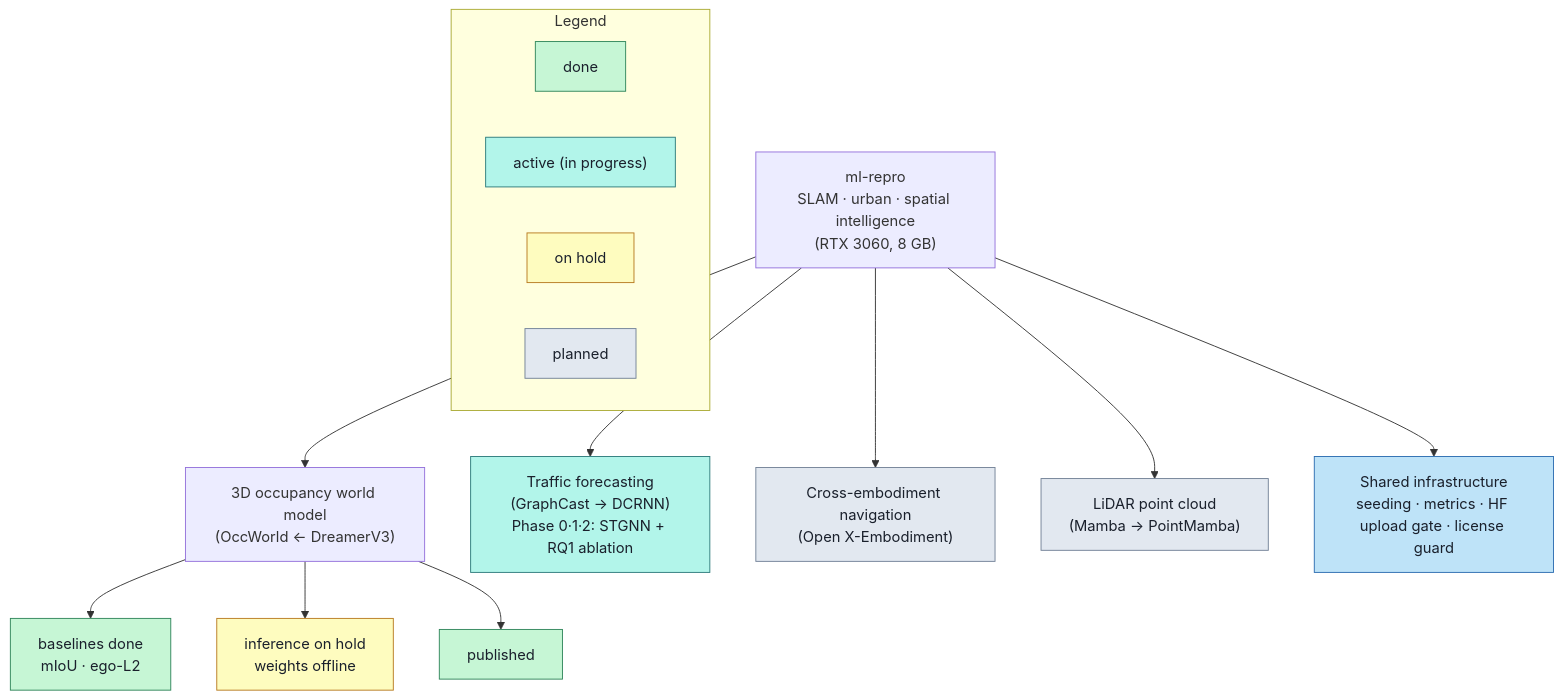
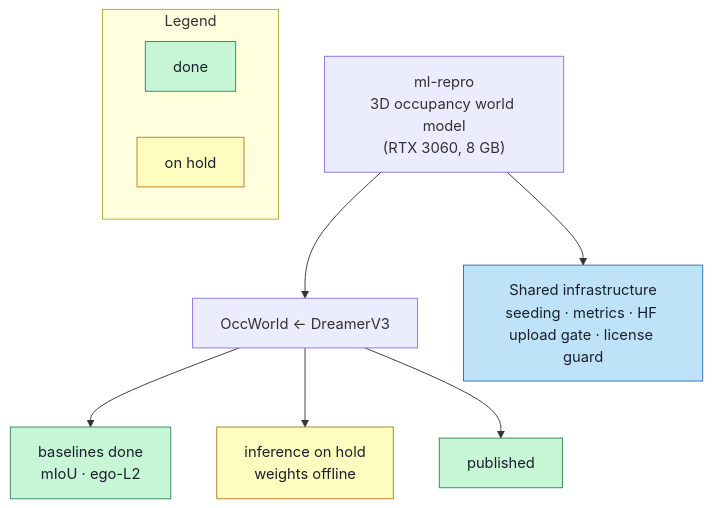
Before and after one commit to urbsn4i-sw/ml-repro: the first of 2 diagrams in README.md, drawn with Mermaid. The commit also changed other lines of this file and 27 other files, not shown here.

First line of the commit message:
refactor: make ml-repro OccWorld-only (traffic task moved to its own repo)

````diff
--- a/README.md
+++ b/README.md
@@ -18,28 +20,20 @@
 ```mermaid
 flowchart TB
-  root["ml-repro<br/>SLAM · urban · spatial intelligence<br/>(RTX 3060, 8 GB)"]
+  root["ml-repro<br/>3D occupancy world model<br/>(RTX 3060, 8 GB)"]
 
-  root --> occ["3D occupancy world model<br/>(OccWorld ← DreamerV3)"]
+  root --> occ["OccWorld ← DreamerV3"]
   occ --> occ1["baselines done<br/>mIoU · ego-L2"]:::done
   occ --> occ2["inference on hold<br/>weights offline"]:::onhold
   occ --> occ3["published"]:::done
-
-  root --> t1["Traffic forecasting<br/>(GraphCast → DCRNN)<br/>Phase 0·1·2: STGNN + RQ1 ablation"]:::active
-  root --> t2["Cross-embodiment navigation<br/>(Open X-Embodiment)"]:::planned
-  root --> t3["LiDAR point cloud<br/>(Mamba → PointMamba)"]:::planned
 
   root --> infra["Shared infrastructure<br/>seeding · metrics · HF upload gate · license guard"]:::infra
 
   subgraph Legend
     Ld["done"]:::done
-    La["active (in progress)"]:::active
     Lh["on hold"]:::onhold
-    Lp["planned"]:::planned
   end
 
   classDef done fill:#c6f6d5,stroke:#2f855a,color:#1a202c;
-  classDef active fill:#b2f5ea,stroke:#2c7a7b,color:#1a202c;
   classDef onhold fill:#fefcbf,stroke:#b7791f,color:#1a202c;
-  classDef planned fill:#e2e8f0,stroke:#718096,color:#1a202c;
   classDef infra fill:#bee3f8,stroke:#2b6cb0,color:#1a202c;
 ```
````
